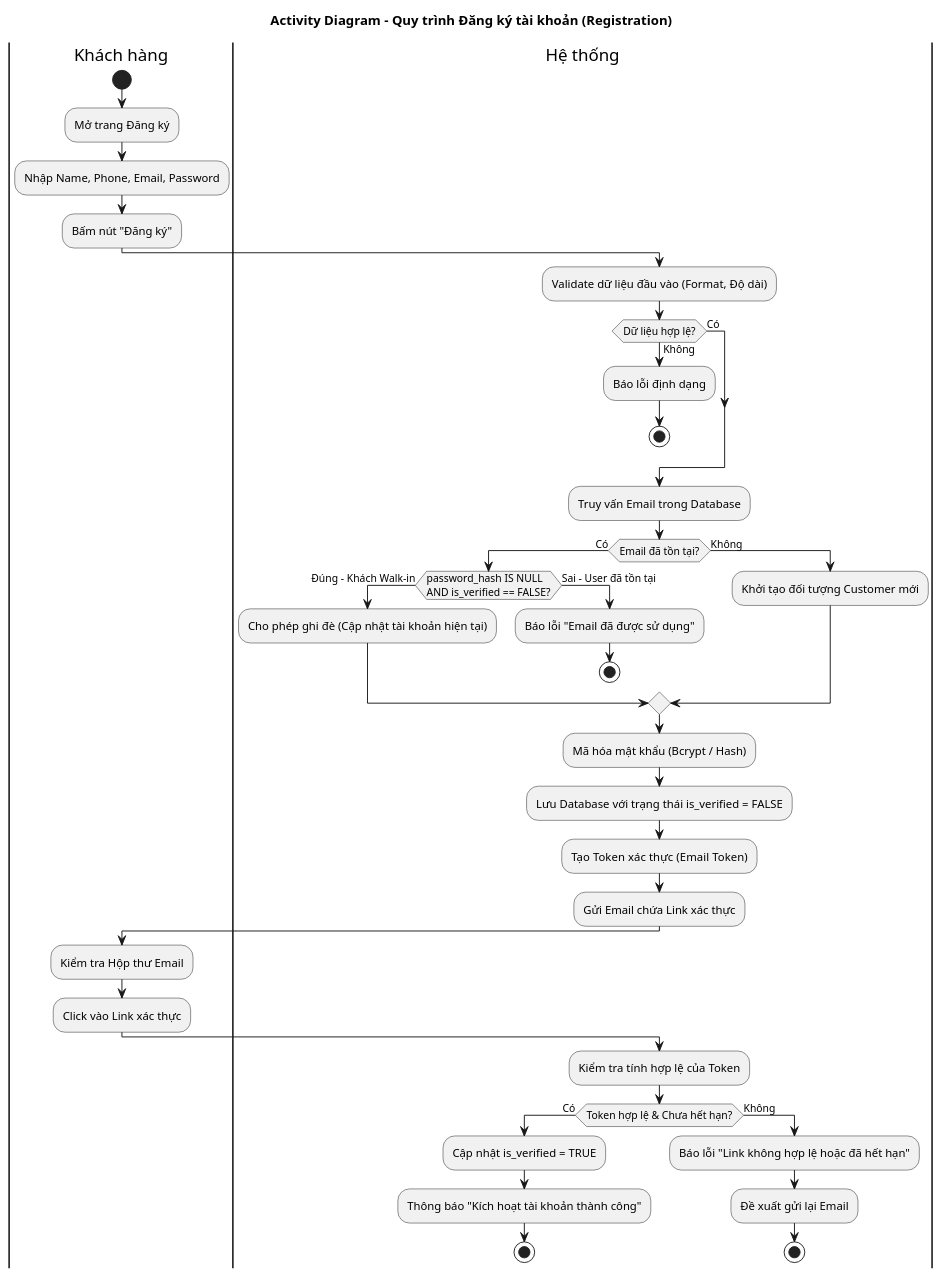
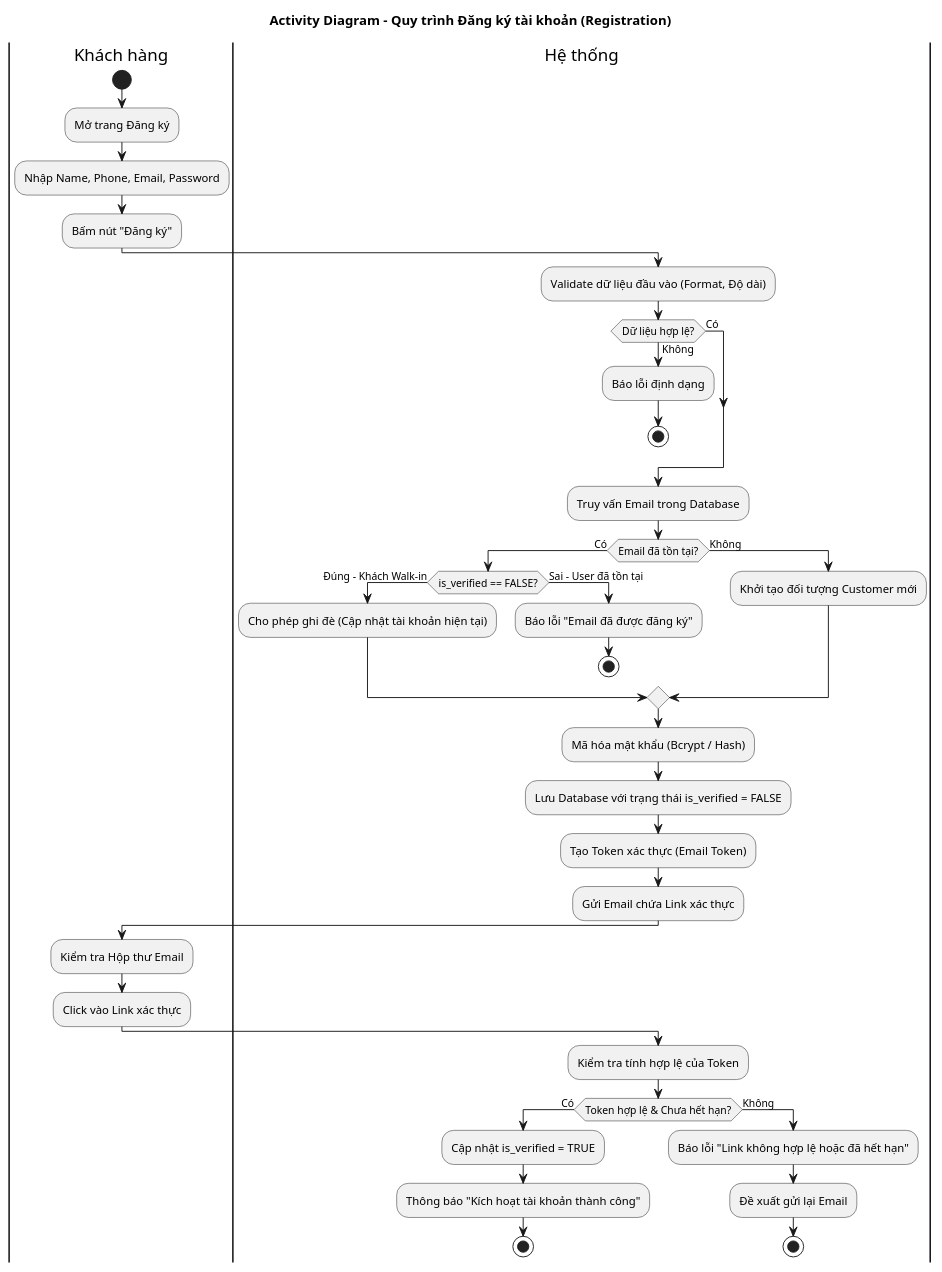
Before and after one commit to QuangLam0208/restaurant-reservation-system: the diagram in docs/uml/activity-register.puml, drawn with PlantUML. The commit also changed 1 other file, not shown here.

```diff
--- a/docs/uml/activity-register.puml
+++ b/docs/uml/activity-register.puml
@@ -1,52 +1,52 @@
 @startuml
 title Activity Diagram - Quy trình Đăng ký tài khoản (Registration)
 skinparam conditionStyle inside
 
 |Khách hàng|
 start
 :Mở trang Đăng ký;
 :Nhập Name, Phone, Email, Password;
 :Bấm nút "Đăng ký";
 
 |Hệ thống|
 :Validate dữ liệu đầu vào (Format, Độ dài);
 if (Dữ liệu hợp lệ?) then (Không)
   :Báo lỗi định dạng;
   stop
 else (Có)
 endif
 
 :Truy vấn Email trong Database;
 if (Email đã tồn tại?) then (Có)
-  if (password_hash IS NULL \nAND is_verified == FALSE?) then (Đúng - Khách Walk-in)
+  if (is_verified == FALSE?) then (Đúng - Khách Walk-in)
     :Cho phép ghi đè (Cập nhật tài khoản hiện tại);
   else (Sai - User đã tồn tại)
-    :Báo lỗi "Email đã được sử dụng";
+    :Báo lỗi "Email đã được đăng ký";
     stop
   endif
 else (Không)
   :Khởi tạo đối tượng Customer mới;
 endif
 
 :Mã hóa mật khẩu (Bcrypt / Hash);
 :Lưu Database với trạng thái is_verified = FALSE;
 :Tạo Token xác thực (Email Token);
 :Gửi Email chứa Link xác thực;
 
 |Khách hàng|
 :Kiểm tra Hộp thư Email;
 :Click vào Link xác thực;
 
 |Hệ thống|
 :Kiểm tra tính hợp lệ của Token;
 if (Token hợp lệ & Chưa hết hạn?) then (Có)
   :Cập nhật is_verified = TRUE;
   :Thông báo "Kích hoạt tài khoản thành công";
   stop
 else (Không)
   :Báo lỗi "Link không hợp lệ hoặc đã hết hạn";
   :Đề xuất gửi lại Email;
   stop
 endif
 
 @enduml
```
